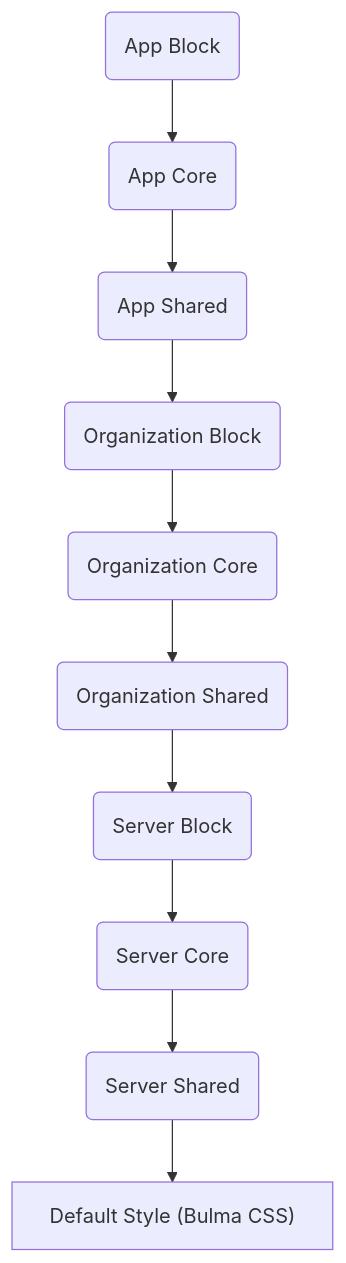
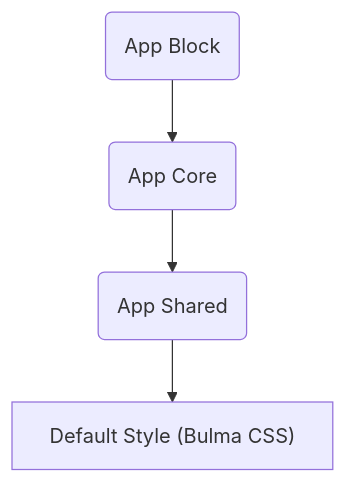
One commit to appsemble/appsemble changed the diagram in docs/guide/theming.md. Above: the diagram before and after it, drawn with Mermaid. The commit also changed other lines of this file and 16 other files, not shown here.

````diff
--- a/docs/guide/theming.md
+++ b/docs/guide/theming.md
@@ -101,12 +100,6 @@
 ```mermaid
 graph TD
     A(App Block) --> B(App Core);
     B --> C(App Shared)
-    C --> D(Organization Block)
-    D --> E(Organization Core)
-    E --> F(Organization Shared)
-    F --> G(Server Block)
-    G --> H(Server Core)
-    H --> I(Server Shared)
-    I --> J["Default Style (Bulma CSS)"]
+    C --> D["Default Style (Bulma CSS)"]
 ```
````
